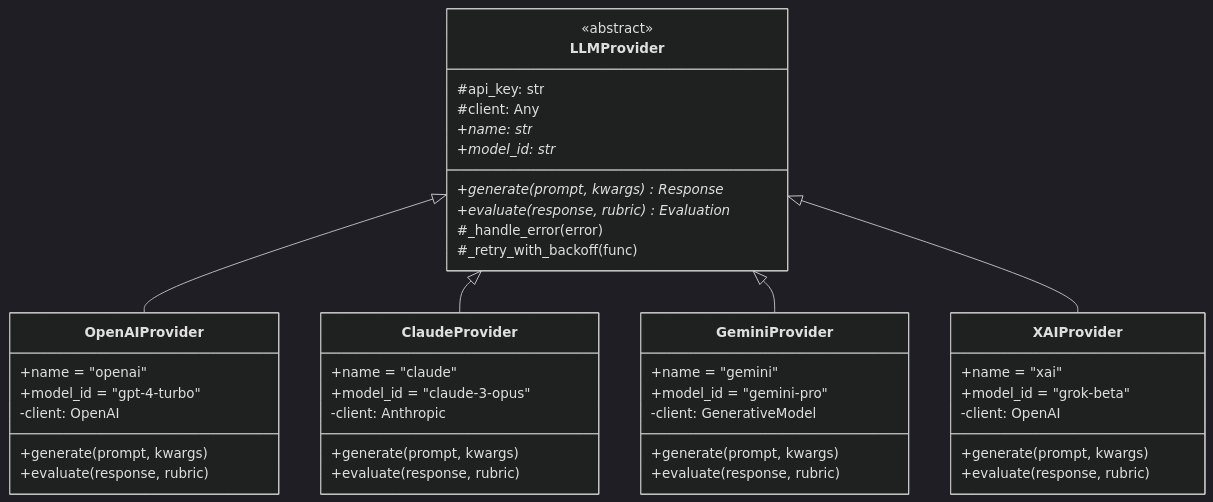
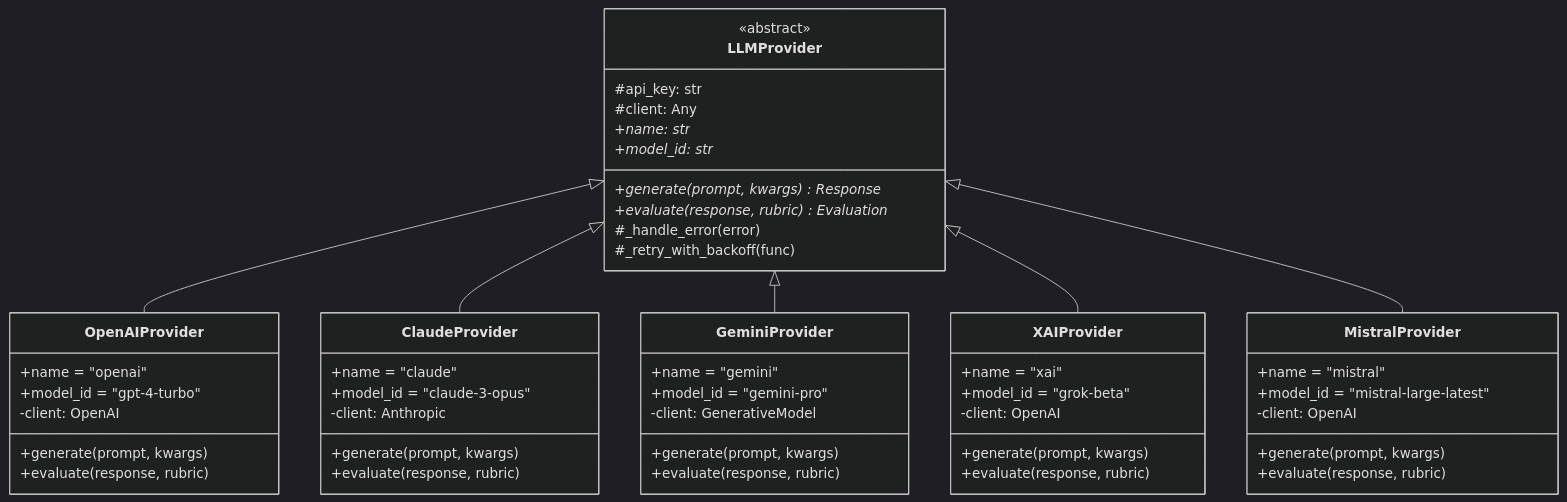
The fourth of 19 diagrams in docs/ARCHITECTURE.md (rondilley/llm_compare), drawn with Mermaid (dark theme) before and after one commit. The commit also changed other lines of this file and 2 other files, not shown here.

````diff
--- a/docs/ARCHITECTURE.md
+++ b/docs/ARCHITECTURE.md
@@ -129,51 +130,60 @@
 ```mermaid
 classDiagram
     class LLMProvider {
         <<abstract>>
         #api_key: str
         #client: Any
         +name: str*
         +model_id: str*
         +generate(prompt, kwargs) Response*
         +evaluate(response, rubric) Evaluation*
         #_handle_error(error)
         #_retry_with_backoff(func)
     }
 
     class OpenAIProvider {
         +name = "openai"
         +model_id = "gpt-4-turbo"
         -client: OpenAI
         +generate(prompt, kwargs)
         +evaluate(response, rubric)
     }
 
     class ClaudeProvider {
         +name = "claude"
         +model_id = "claude-3-opus"
         -client: Anthropic
         +generate(prompt, kwargs)
         +evaluate(response, rubric)
     }
 
     class GeminiProvider {
         +name = "gemini"
         +model_id = "gemini-pro"
         -client: GenerativeModel
         +generate(prompt, kwargs)
         +evaluate(response, rubric)
     }
 
     class XAIProvider {
         +name = "xai"
         +model_id = "grok-beta"
         -client: OpenAI
         +generate(prompt, kwargs)
         +evaluate(response, rubric)
     }
 
+    class MistralProvider {
+        +name = "mistral"
+        +model_id = "mistral-large-latest"
+        -client: OpenAI
+        +generate(prompt, kwargs)
+        +evaluate(response, rubric)
+    }
+
     LLMProvider <|-- OpenAIProvider
     LLMProvider <|-- ClaudeProvider
     LLMProvider <|-- GeminiProvider
     LLMProvider <|-- XAIProvider
+    LLMProvider <|-- MistralProvider
 ```
````
